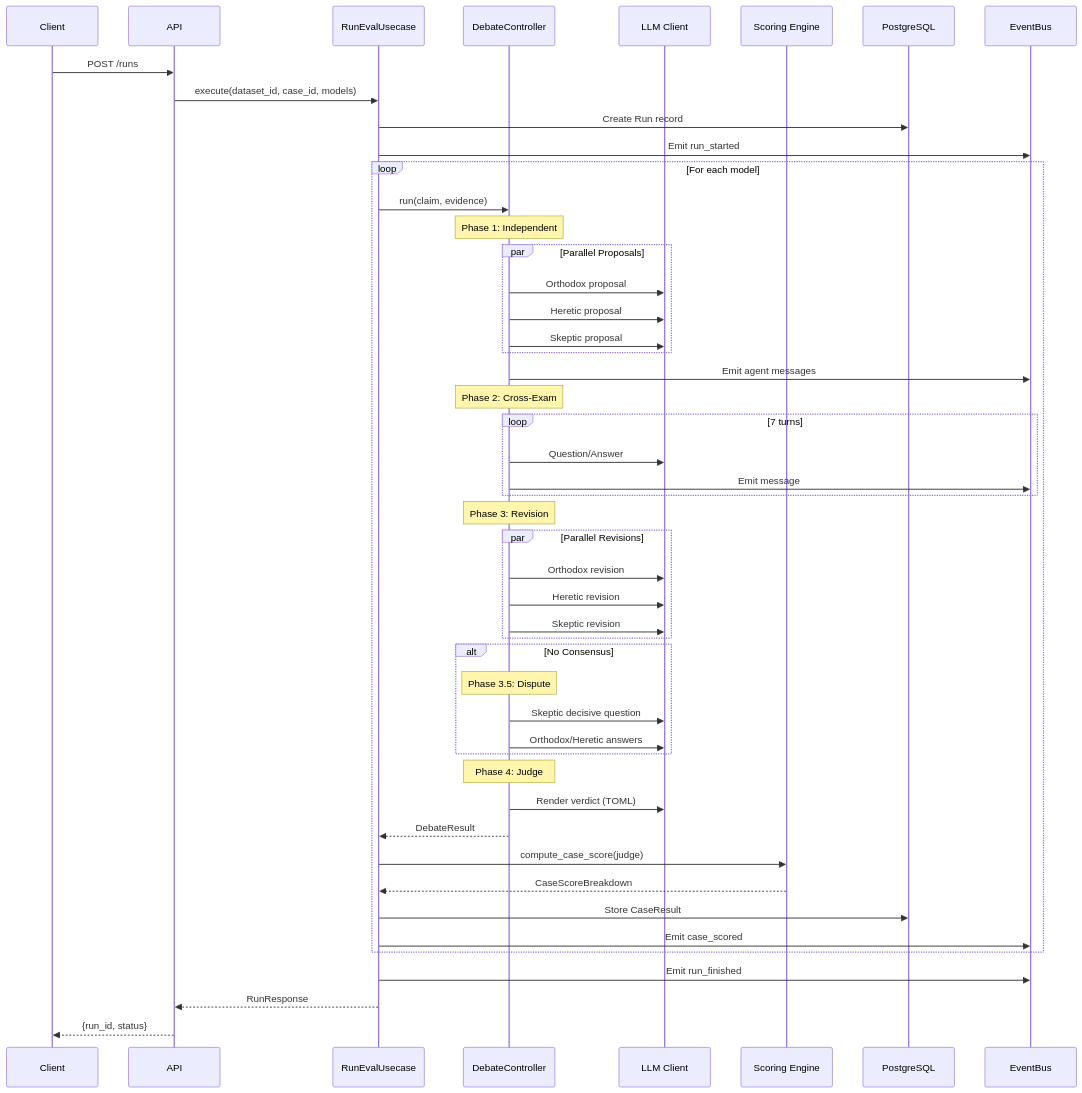
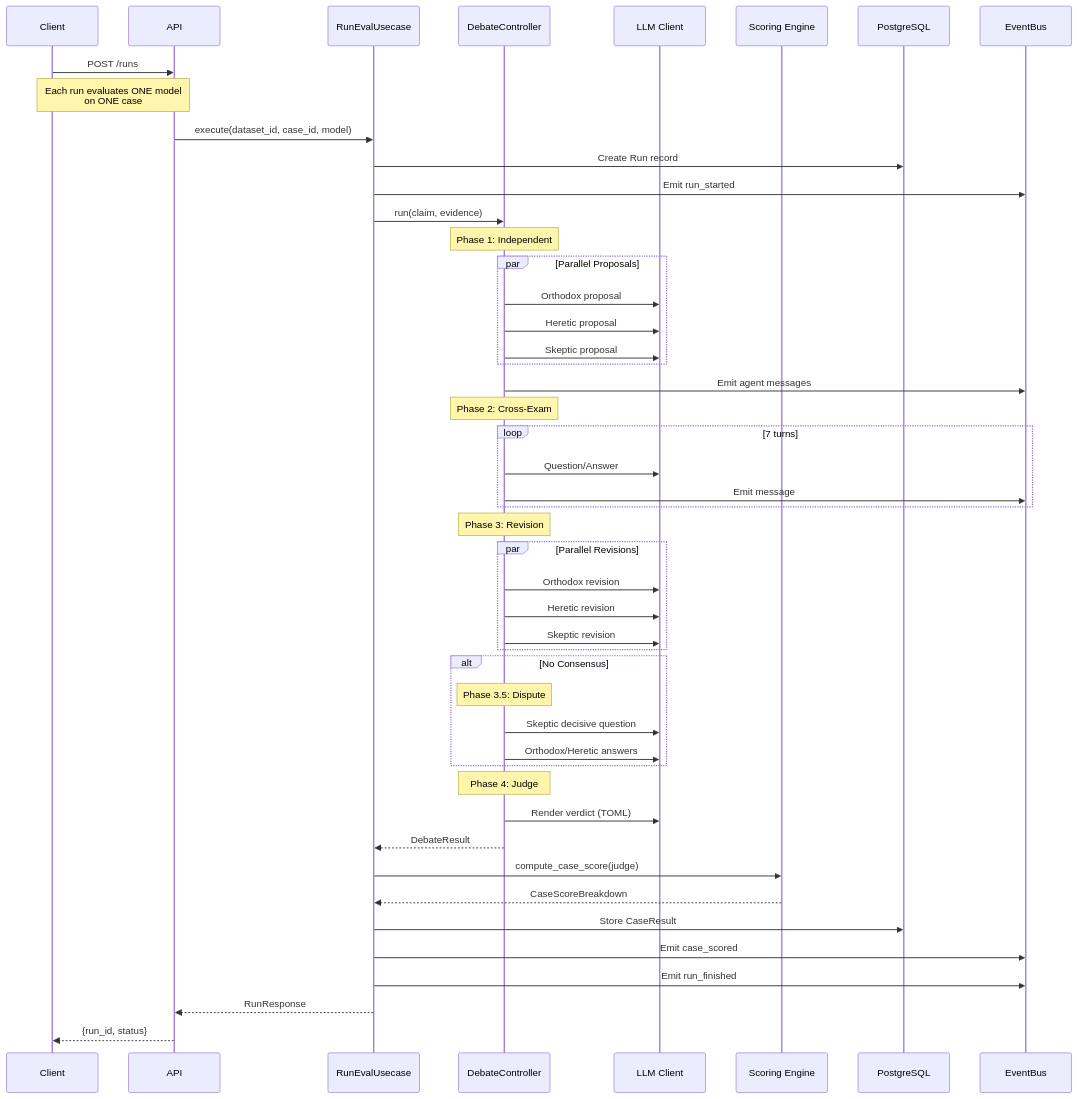
One commit to AteetVatan/AIGalileoArena changed the fourth of 11 diagrams in README.md. Above: the diagram before and after it, drawn with Mermaid. The commit also changed other lines of this file and 46 other files, not shown here.

````diff
--- a/README.md
+++ b/README.md
@@ -310,60 +603,59 @@
 ```mermaid
 sequenceDiagram
     participant Client
     participant API
     participant UseCase as RunEvalUsecase
     participant Debate as DebateController
     participant LLM as LLM Client
     participant Scorer as Scoring Engine
     participant DB as PostgreSQL
     participant SSE as EventBus
 
     Client->>API: POST /runs
-    API->>UseCase: execute(dataset_id, case_id, models)
+    Note over Client,API: Each run evaluates ONE model<br/>on ONE case
+    API->>UseCase: execute(dataset_id, case_id, model)
     UseCase->>DB: Create Run record
     UseCase->>SSE: Emit run_started
     
-    loop For each model
-        UseCase->>Debate: run(claim, evidence)
-        
-        Note over Debate: Phase 1: Independent
-        par Parallel Proposals
-            Debate->>LLM: Orthodox proposal
-            Debate->>LLM: Heretic proposal
-            Debate->>LLM: Skeptic proposal
-        end
-        Debate->>SSE: Emit agent messages
-        
-        Note over Debate: Phase 2: Cross-Exam
-        loop 7 turns
-            Debate->>LLM: Question/Answer
-            Debate->>SSE: Emit message
-        end
-        
-        Note over Debate: Phase 3: Revision
-        par Parallel Revisions
-            Debate->>LLM: Orthodox revision
-            Debate->>LLM: Heretic revision
-            Debate->>LLM: Skeptic revision
-        end
-        
-        alt No Consensus
-            Note over Debate: Phase 3.5: Dispute
-            Debate->>LLM: Skeptic decisive question
-            Debate->>LLM: Orthodox/Heretic answers
-        end
-        
-        Note over Debate: Phase 4: Judge
-        Debate->>LLM: Render verdict (TOML)
-        Debate-->>UseCase: DebateResult
-        
-        UseCase->>Scorer: compute_case_score(judge)
-        Scorer-->>UseCase: CaseScoreBreakdown
-        UseCase->>DB: Store CaseResult
-        UseCase->>SSE: Emit case_scored
+    UseCase->>Debate: run(claim, evidence)
+    
+    Note over Debate: Phase 1: Independent
+    par Parallel Proposals
+        Debate->>LLM: Orthodox proposal
+        Debate->>LLM: Heretic proposal
+        Debate->>LLM: Skeptic proposal
     end
+    Debate->>SSE: Emit agent messages
+    
+    Note over Debate: Phase 2: Cross-Exam
+    loop 7 turns
+        Debate->>LLM: Question/Answer
+        Debate->>SSE: Emit message
+    end
+    
+    Note over Debate: Phase 3: Revision
+    par Parallel Revisions
+        Debate->>LLM: Orthodox revision
+        Debate->>LLM: Heretic revision
+        Debate->>LLM: Skeptic revision
+    end
+    
+    alt No Consensus
+        Note over Debate: Phase 3.5: Dispute
+        Debate->>LLM: Skeptic decisive question
+        Debate->>LLM: Orthodox/Heretic answers
+    end
+    
+    Note over Debate: Phase 4: Judge
+    Debate->>LLM: Render verdict (TOML)
+    Debate-->>UseCase: DebateResult
+    
+    UseCase->>Scorer: compute_case_score(judge)
+    Scorer-->>UseCase: CaseScoreBreakdown
+    UseCase->>DB: Store CaseResult
+    UseCase->>SSE: Emit case_scored
     
     UseCase->>SSE: Emit run_finished
     UseCase-->>API: RunResponse
     API-->>Client: {run_id, status}
 ```
````
